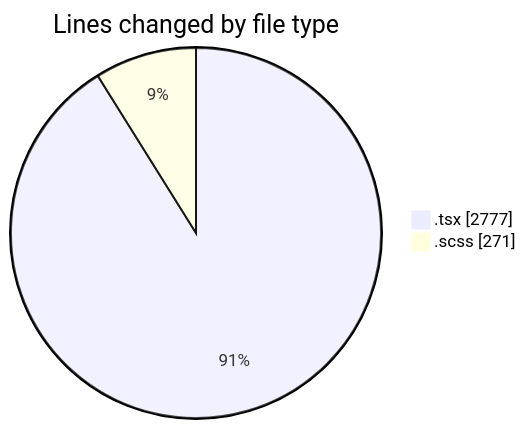
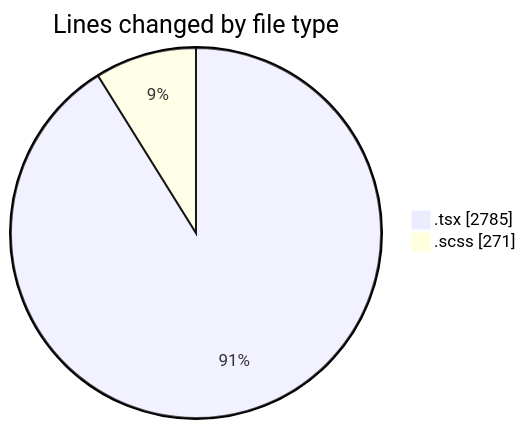
One commit to momahboobian/code-tracking changed the first of 2 diagrams in 2025-11-18/cda/README.md. Above: the diagram before and after it, drawn with Mermaid. The commit also changed other lines of this file and 1 other file, not shown here.

````diff
--- a/2025-11-18/cda/README.md
+++ b/2025-11-18/cda/README.md
@@ -25,6 +25,6 @@
 ```mermaid
 pie showData
 title Lines changed by file type
-".tsx" : 2777
+".tsx" : 2785
 ".scss" : 271
 ```
````
